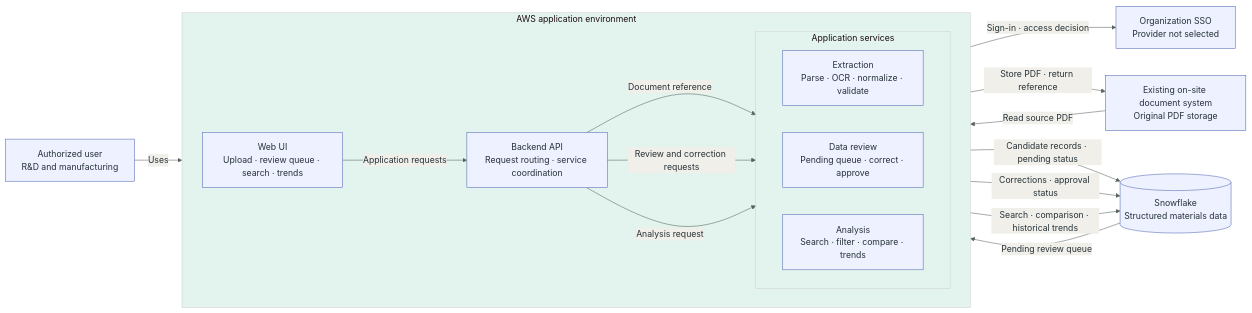
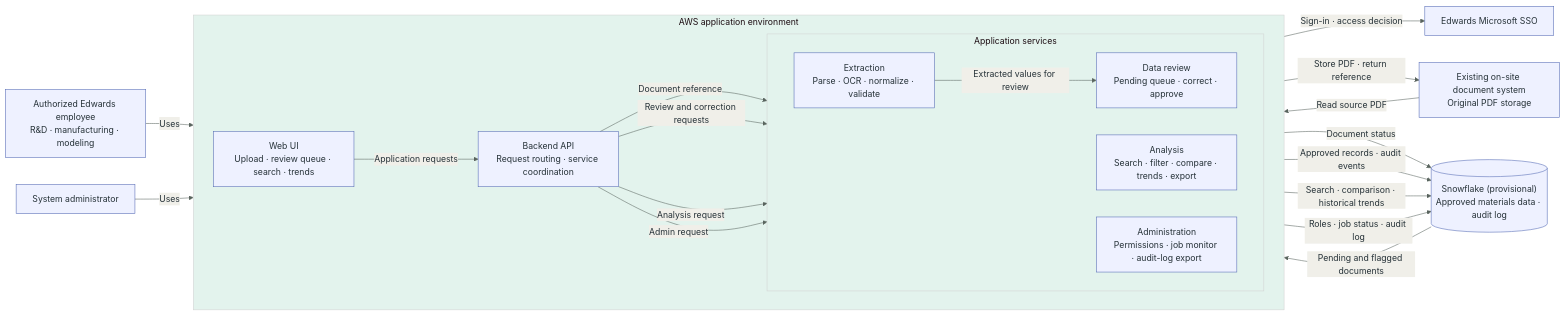
Before and after one commit to CPSC490-Team-Proj/CPSC490-G07-MightyMorphin: the diagram in docs/design/system-architecture-diagram.md, drawn with Mermaid. The commit also changed other lines of this file and 18 other files, not shown here.

First line of the commit message:
Reconcile diagrams and tech stack with team decisions (#78)

````diff
--- a/docs/design/system-architecture-diagram.md
+++ b/docs/design/system-architecture-diagram.md
@@ -8,34 +8,40 @@
 ```mermaid
 %%{init: {"theme": "base", "themeVariables": {"background": "#ffffff", "primaryColor": "#eef1ff", "primaryTextColor": "#263238", "primaryBorderColor": "#5268b3", "lineColor": "#59645e", "secondaryColor": "#f0efe9", "tertiaryColor": "#e3f3ed"}}}%%
 flowchart LR
-    user["Authorized user<br/>R&amp;D and manufacturing"]
+    user["Authorized Edwards employee<br/>R&amp;D · manufacturing · modeling"]
+    admin["System administrator"]
 
     subgraph aws["AWS application environment"]
         direction LR
         ui["Web UI<br/>Upload · review queue · search · trends"]
         api["Backend API<br/>Request routing · service coordination"]
         subgraph services["Application services"]
             direction LR
             extraction["Extraction<br/>Parse · OCR · normalize · validate"]
             review["Data review<br/>Pending queue · correct · approve"]
-            analysis["Analysis<br/>Search · filter · compare · trends"]
+            analysis["Analysis<br/>Search · filter · compare · trends · export"]
+            adminsvc["Administration<br/>Permissions · job monitor · audit-log export"]
         end
         ui -->|Application requests| api
         api -->|Document reference| extraction
         api -->|Review and correction requests| review
         api -->|Analysis request| analysis
+        api -->|Admin request| adminsvc
+        extraction -->|Extracted values for review| review
     end
 
-    sso["Organization SSO<br/>Provider not selected"]
+    sso["Edwards Microsoft SSO"]
     onsite["Existing on-site document system<br/>Original PDF storage"]
-    snowflake[("Snowflake<br/>Structured materials data")]
+    snowflake[("Snowflake (provisional)<br/>Approved materials data · audit log")]
 
     user -->|Uses| ui
+    admin -->|Uses| ui
     ui -->|Sign-in · access decision| sso
     api -->|Store PDF · return reference| onsite
     onsite -->|Read source PDF| extraction
-    extraction -->|Candidate records · pending status| snowflake
-    snowflake -->|Pending review queue| review
-    review -->|Corrections · approval status| snowflake
+    extraction -->|Document status| snowflake
+    snowflake -->|Pending and flagged documents| review
+    review -->|Approved records · audit events| snowflake
     analysis -->|Search · comparison · historical trends| snowflake
+    adminsvc -->|Roles · job status · audit log| snowflake
 ```
````
